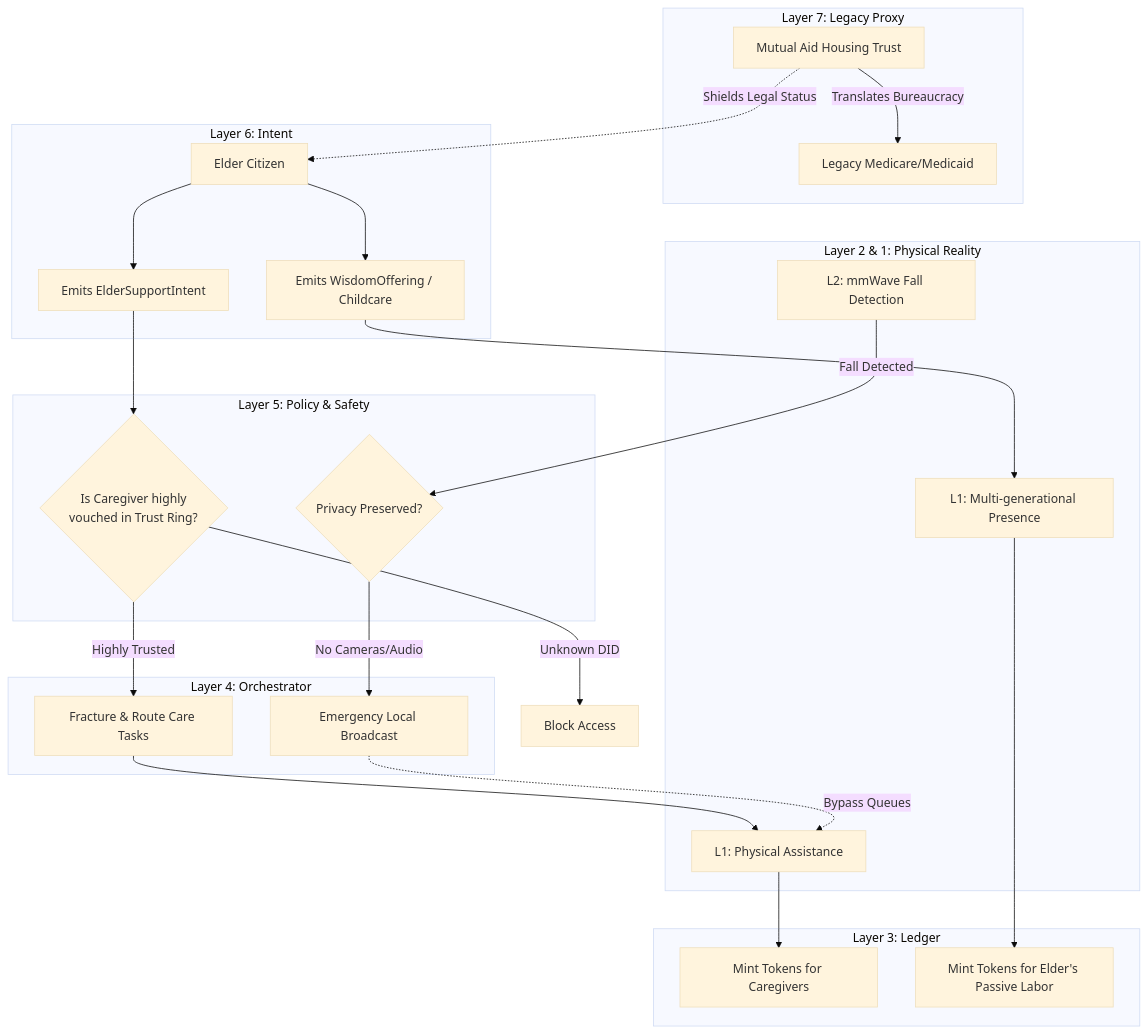
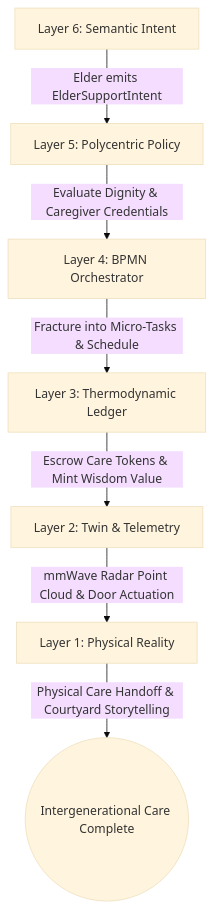
Before and after one commit to raffaine/collective: the first of 4 diagrams in docs/scenarios/phi_elder.md, drawn with Mermaid (base theme). The commit also changed other lines of this file and 62 other files, not shown here.

First line of the commit message:
feat(sprint-1): Oasis V4 WebGPU Engine & Sovereign Stack V2 Architecture

````diff
--- a/docs/scenarios/phi_elder.md
+++ b/docs/scenarios/phi_elder.md
@@ -48,57 +41,9 @@
 ```mermaid
 graph TD
-    subgraph Layer 7: Legacy Proxy
-        Medicare[Legacy Medicare/Medicaid]
-        SPC[Mutual Aid Housing Trust]
-    end
-
-    subgraph Layer 6: Intent
-        Elder[Elder Citizen]
-        Need[Emits ElderSupportIntent]
-        Wisdom[Emits WisdomOffering / Childcare]
-    end
-
-    subgraph Layer 5: Policy & Safety
-        TrustGate{Is Caregiver highly <br> vouched in Trust Ring?}
-        Dignity{Privacy Preserved?}
-    end
-
-    subgraph Layer 4: Orchestrator
-        BPMN[Fracture & Route Care Tasks]
-        Alert[Emergency Local Broadcast]
-    end
-
-    subgraph Layer 3: Ledger
-        MintCare[Mint Tokens for Caregivers]
-        MintWisdom[Mint Tokens for Elder's Passive Labor]
-    end
-
-    subgraph Layer 2 & 1: Physical Reality
-        Sensors[L2: mmWave Fall Detection]
-        Action[L1: Physical Assistance]
-        Integration[L1: Multi-generational Presence]
-    end
-
-    %% Legacy Flow
-    SPC -->|Translates Bureaucracy| Medicare
-    SPC -.->|Shields Legal Status| Elder
-
-    %% Needs Flow
-    Elder --> Need
-    Need --> TrustGate
-    TrustGate -->|Highly Trusted| BPMN
-    TrustGate -->|Unknown DID| Reject[Block Access]
-    
-    BPMN --> Action
-    Action --> MintCare
-    
-    %% Wisdom Flow
-    Elder --> Wisdom
-    Wisdom --> Integration
-    Integration --> MintWisdom
-    
-    %% Emergency Flow
-    Sensors -->|Fall Detected| Dignity
-    Dignity -->|No Cameras/Audio| Alert
-    Alert -.->|Bypass Queues| Action
+    L6[Layer 6: Semantic Intent] -->|Elder emits ElderSupportIntent| L5[Layer 5: Polycentric Policy]
+    L5 -->|Evaluate Dignity & Caregiver Credentials| L4[Layer 4: BPMN Orchestrator]
+    L4 -->|Fracture into Micro-Tasks & Schedule| L3[Layer 3: Thermodynamic Ledger]
+    L3 -->|Escrow Care Tokens & Mint Wisdom Value| L2[Layer 2: Twin & Telemetry]
+    L2 -->|mmWave Radar Point Cloud & Door Actuation| L1[Layer 1: Physical Reality]
+    L1 -->|Physical Care Handoff & Courtyard Storytelling| End((Intergenerational Care Complete))
 ```
````
